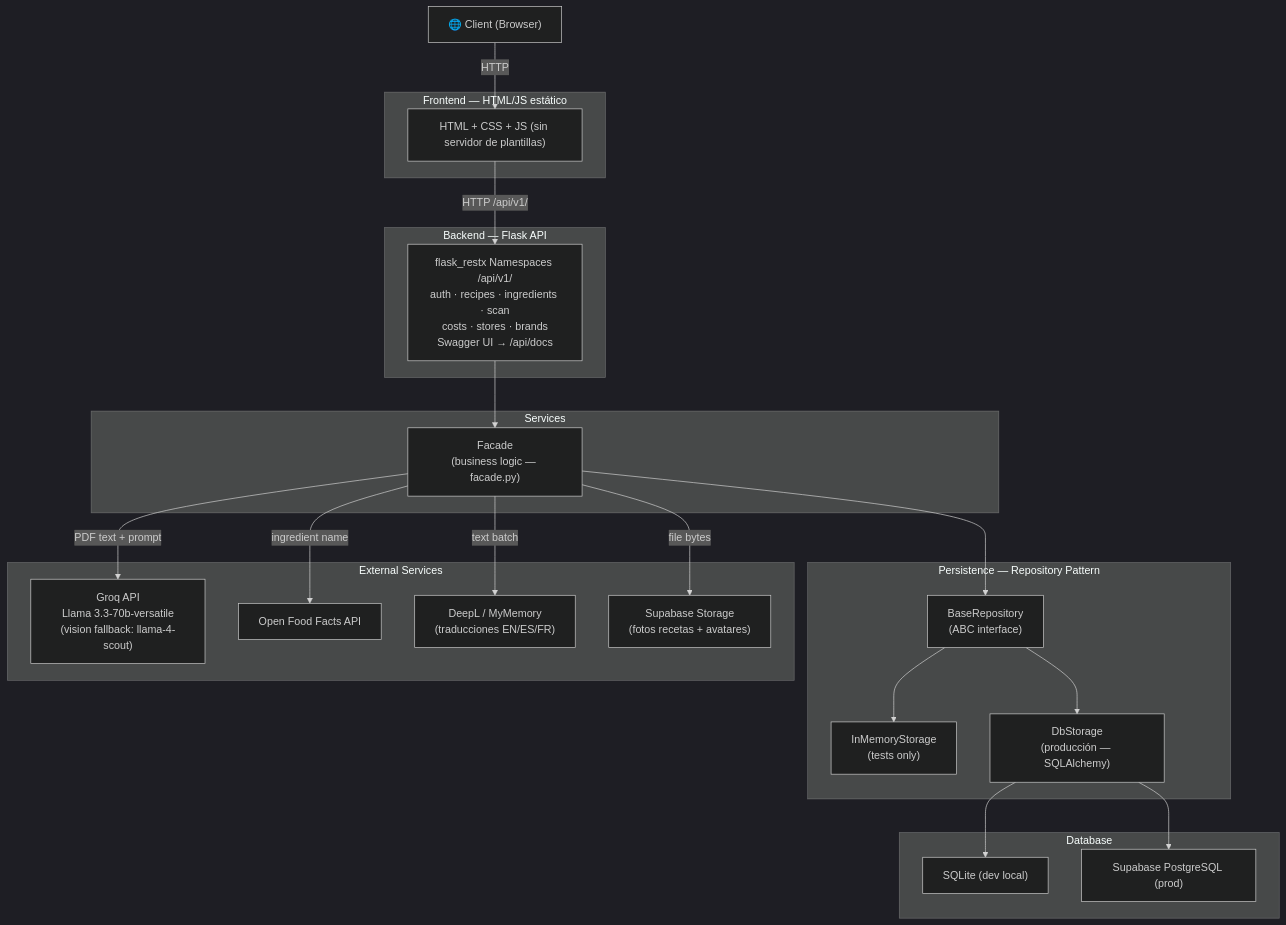
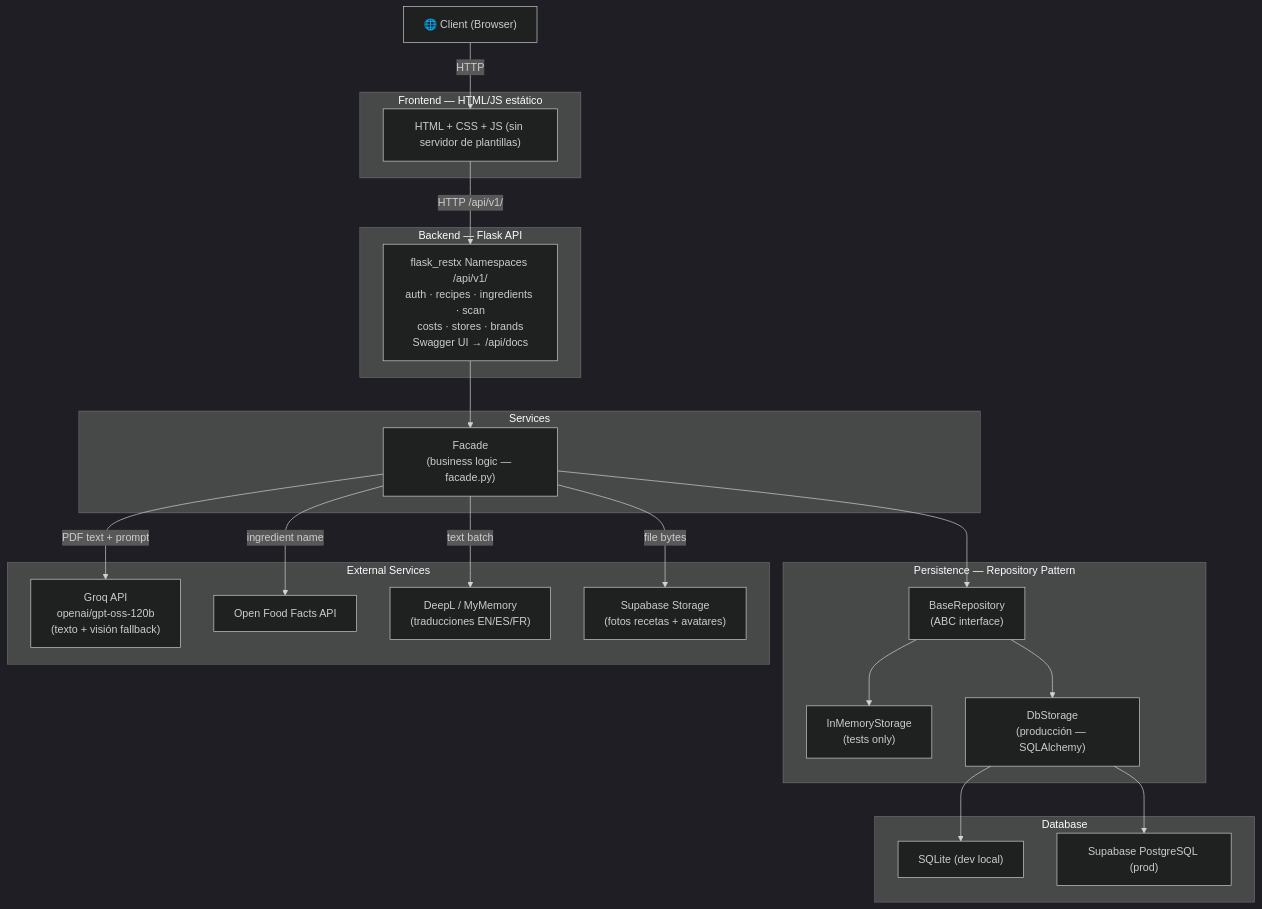
One commit to juliangf94/recipe-scanner changed the first of 5 diagrams in Docs/STAGE3.md. Above: the diagram before and after it, drawn with Mermaid (dark theme). The commit also changed other lines of this file and 7 other files, not shown here.

First line of the commit message:
docs: update all Groq model references from Llama 3.3 to openai/gpt-oss-120b

````diff
--- a/Docs/STAGE3.md
+++ b/Docs/STAGE3.md
@@ -118,47 +118,47 @@
 ```mermaid
 flowchart TD
     Browser["🌐 Client (Browser)"]
 
     subgraph Frontend["Frontend — HTML/JS estático"]
         FE["HTML + CSS + JS (sin servidor de plantillas)"]
     end
 
     subgraph Backend["Backend — Flask API"]
         API["flask_restx Namespaces /api/v1/\nauth · recipes · ingredients · scan\ncosts · stores · brands\nSwagger UI → /api/docs"]
     end
 
     subgraph Services["Services"]
         Facade["Facade\n(business logic — facade.py)"]
     end
 
     subgraph Persistence["Persistence — Repository Pattern"]
         Repo["BaseRepository\n(ABC interface)"]
         Mem["InMemoryStorage\n(tests only)"]
         DB["DbStorage\n(producción — SQLAlchemy)"]
     end
 
     subgraph External["External Services"]
-        Groq["Groq API\nLlama 3.3-70b-versatile\n(vision fallback: llama-4-scout)"]
+        Groq["Groq API\nopenai/gpt-oss-120b\n(texto + visión fallback)"]
         OFF["Open Food Facts API"]
         DeepL["DeepL / MyMemory\n(traducciones EN/ES/FR)"]
         Storage["Supabase Storage\n(fotos recetas + avatares)"]
     end
 
     subgraph Database["Database"]
         SQLite["SQLite (dev local)"]
         PG["Supabase PostgreSQL (prod)"]
     end
 
     Browser -->|HTTP| FE
     FE -->|HTTP /api/v1/| API
     API --> Facade
     Facade --> Repo
     Facade -->|PDF text + prompt| Groq
     Facade -->|ingredient name| OFF
     Facade -->|text batch| DeepL
     Facade -->|file bytes| Storage
     Repo --> Mem
     Repo --> DB
     DB --> SQLite
     DB --> PG
 ```
````
